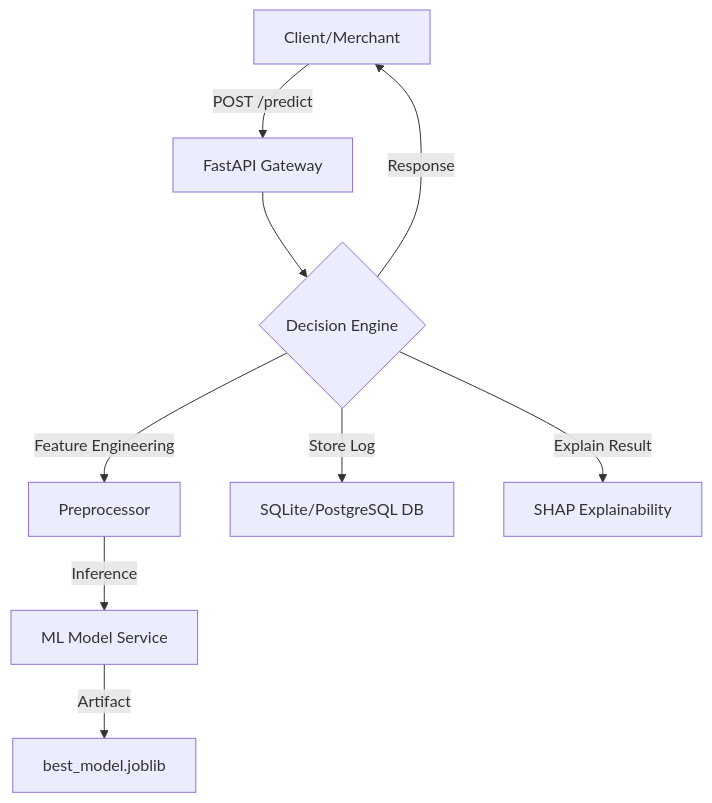
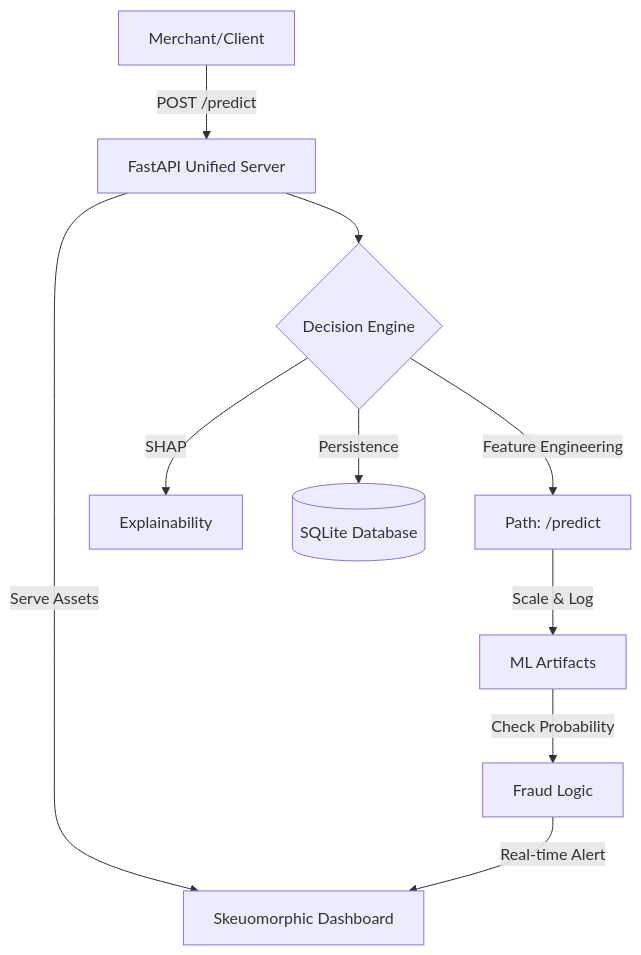
One commit to Vaenvoice/Real-Time-Fraud-Detection-Platform- changed the diagram in README.md. Above: the diagram before and after it, drawn with Mermaid. The commit also changed other lines of this file, not shown here.

Commit message:
docs: finalize comprehensive README.md with skeuomorphic UI and CI/CD details

````diff
--- a/README.md
+++ b/README.md
@@ -13,11 +16,12 @@
 ```mermaid
 graph TD
-    A[Client/Merchant] -->|POST /predict| B[FastAPI Gateway]
+    A[Merchant/Client] -->|POST /predict| B[FastAPI Unified Server]
+    B -->|Serve Assets| UI[Skeuomorphic Dashboard]
     B --> C{Decision Engine}
-    C -->|Feature Engineering| D[Preprocessor]
-    D -->|Inference| E[ML Model Service]
-    E -->|Artifact| F[best_model.joblib]
-    C -->|Store Log| G[SQLite/PostgreSQL DB]
-    C -->|Explain Result| H[SHAP Explainability]
-    C -->|Response| A
+    C -->|Feature Engineering| D[Path: /predict]
+    D -->|Scale & Log| E[ML Artifacts]
+    E -->|Check Probability| F[Fraud Logic]
+    C -->|SHAP| G[Explainability]
+    C -->|Persistence| H[(SQLite Database)]
+    F -->|Real-time Alert| UI
 ```
````
